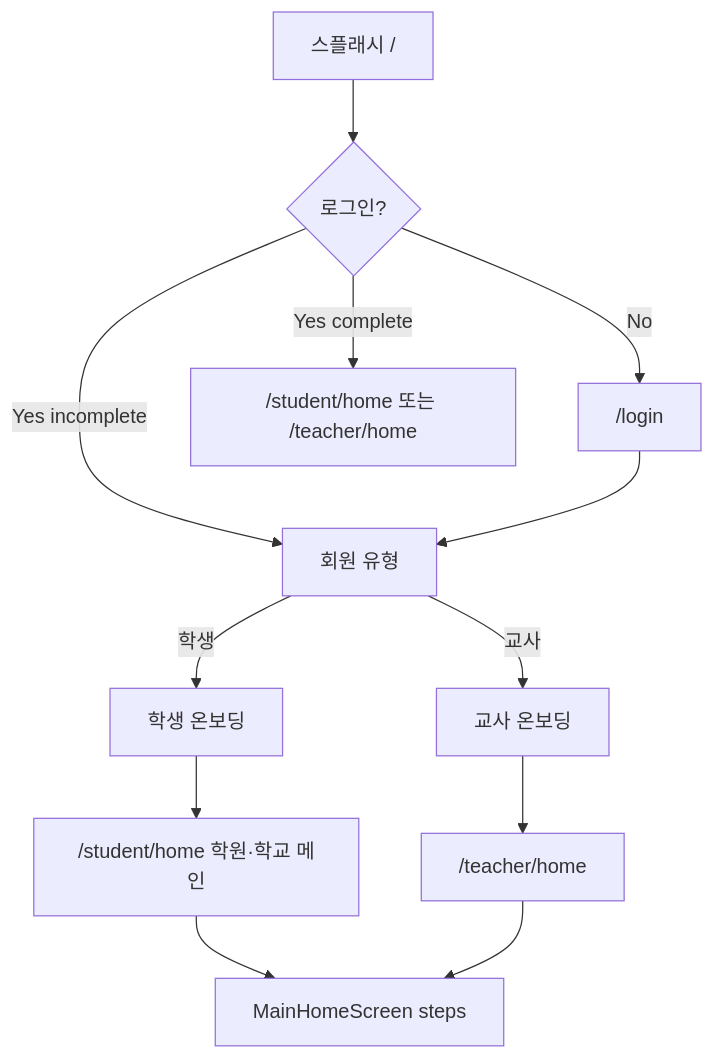
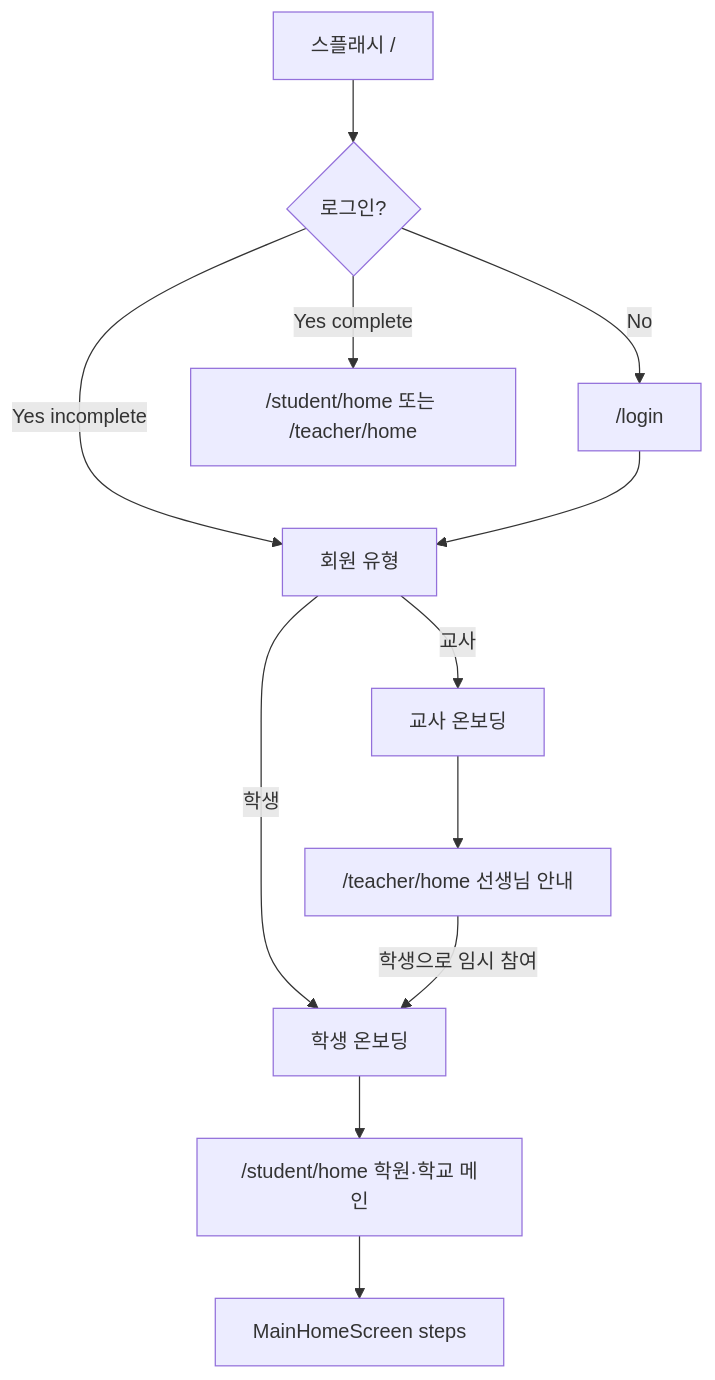
Before and after one commit to hhs4648/loopin-webapp: the first of 2 diagrams in docs/uiux.md, drawn with Mermaid. The commit also changed other lines of this file and 35 other files, not shown here.

````diff
--- a/docs/uiux.md
+++ b/docs/uiux.md
@@ -23,14 +23,14 @@
 ```mermaid
 flowchart TD
   splash["스플래시 /"] --> authCheck{"로그인?"}
   authCheck -->|No| login["/login"]
   authCheck -->|Yes incomplete| memberType["회원 유형"]
   authCheck -->|Yes complete| home["/student/home 또는 /teacher/home"]
   login --> memberType
   memberType -->|학생| studentOnb["학생 온보딩"]
   memberType -->|교사| teacherOnb["교사 온보딩"]
   studentOnb --> studentHome["/student/home 학원·학교 메인"]
-  teacherOnb --> teacherHome["/teacher/home"]
+  teacherOnb --> teacherHome["/teacher/home 선생님 안내"]
+  teacherHome -->|학생으로 임시 참여| studentOnb
   studentHome --> mainSteps["MainHomeScreen steps"]
-  teacherHome --> mainSteps
 ```
````
